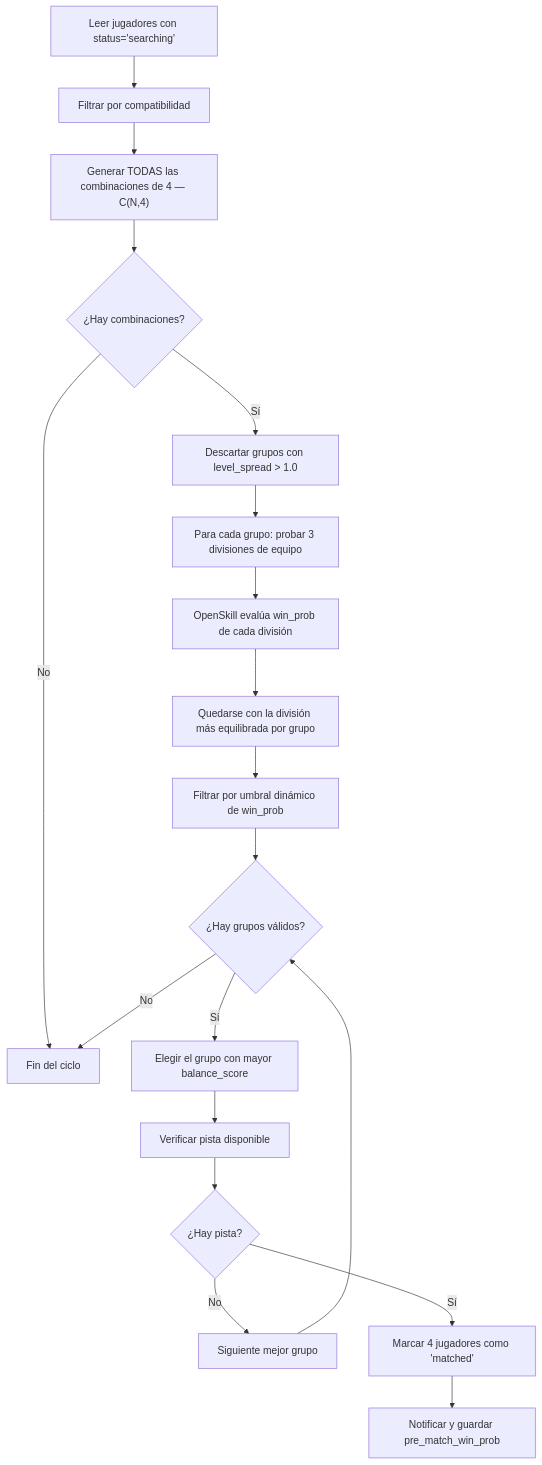
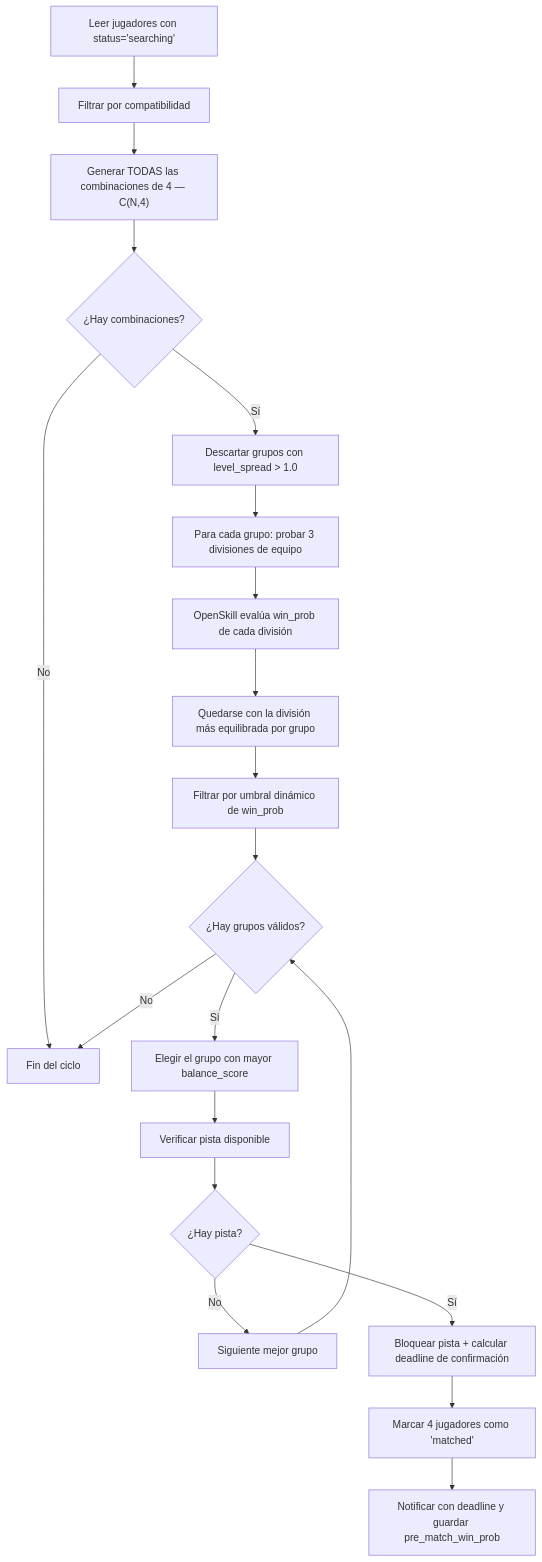
Before and after one commit to Dai-Off/padel_mono_repo: the second of 3 diagrams in docs/leveling/06_matchmaking.md, drawn with Mermaid. The commit also changed other lines of this file and 8 other files, not shown here.

````diff
--- a/docs/leveling/06_matchmaking.md
+++ b/docs/leveling/06_matchmaking.md
@@ -303,21 +309,22 @@
 ```mermaid
 flowchart TD
     A[Leer jugadores con status='searching'] --> B[Filtrar por compatibilidad]
     B --> C["Generar TODAS las combinaciones de 4 — C(N,4)"]
     C --> D{¿Hay combinaciones?}
     D -->|No| Z[Fin del ciclo]
     D -->|Sí| E["Descartar grupos con level_spread > 1.0"]
     E --> F["Para cada grupo: probar 3 divisiones de equipo"]
     F --> G["OpenSkill evalúa win_prob de cada división"]
     G --> H["Quedarse con la división más equilibrada por grupo"]
     H --> I["Filtrar por umbral dinámico de win_prob"]
     I --> J{¿Hay grupos válidos?}
     J -->|No| Z
     J -->|Sí| K["Elegir el grupo con mayor balance_score"]
     K --> L[Verificar pista disponible]
     L --> M{¿Hay pista?}
     M -->|No| N[Siguiente mejor grupo]
     N --> J
-    M -->|Sí| O[Marcar 4 jugadores como 'matched']
-    O --> P[Notificar y guardar pre_match_win_prob]
+    M -->|Sí| O[Bloquear pista + calcular deadline de confirmación]
+    O --> P[Marcar 4 jugadores como 'matched']
+    P --> Q[Notificar con deadline y guardar pre_match_win_prob]
 ```
````
